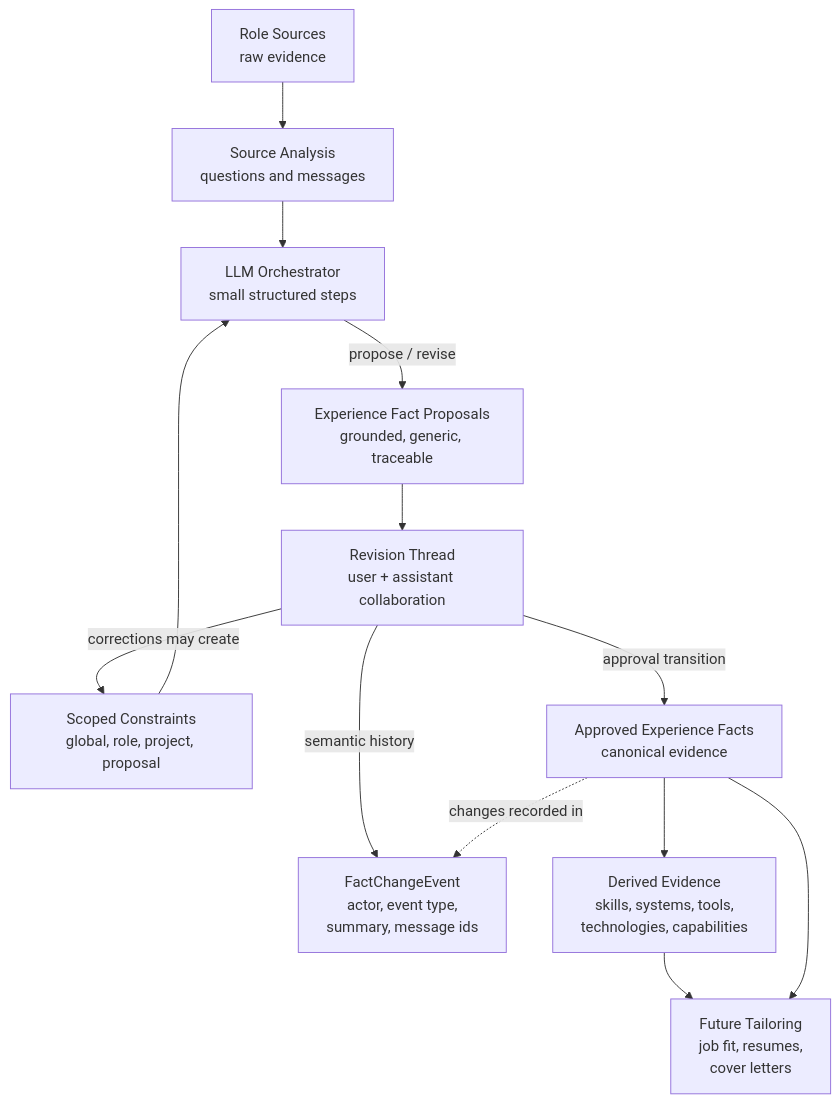
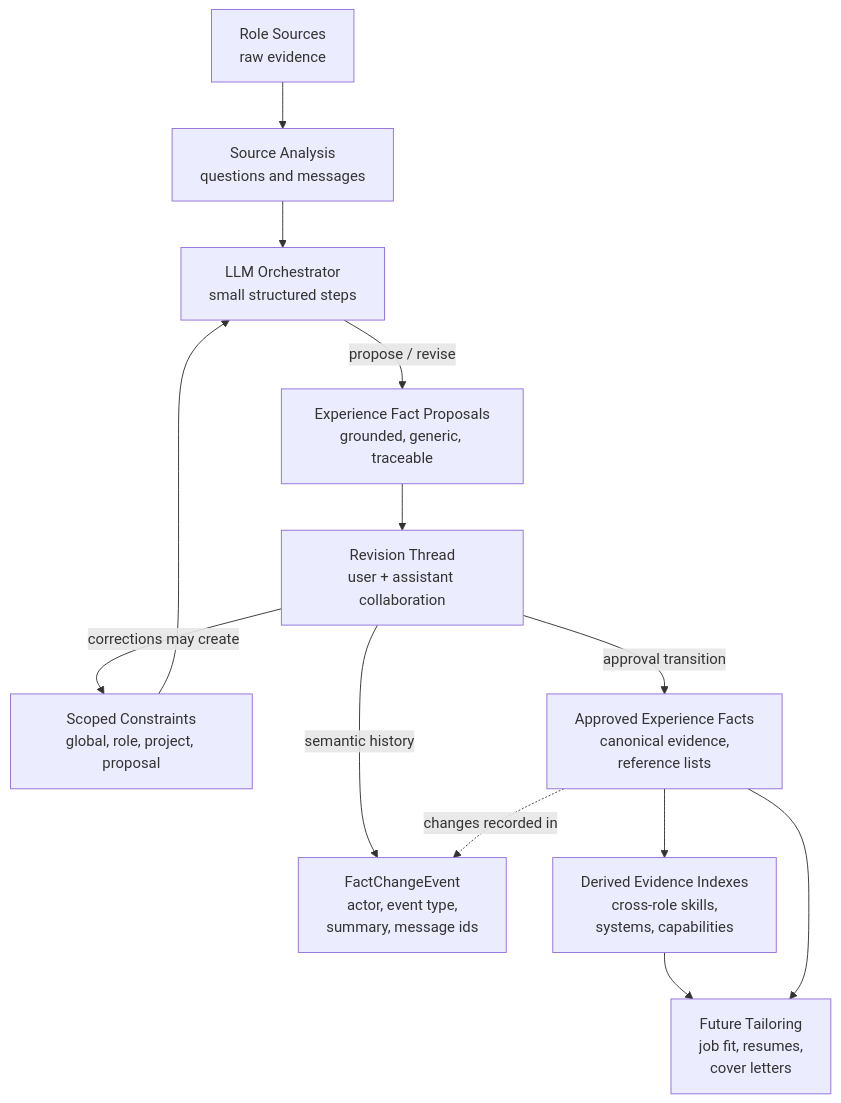
The sixth of 8 diagrams in docs/diagrams.md (rsauers0/career-agent), drawn with Mermaid before and after one commit. The commit also changed 11 other files, not shown here.

First line of the commit message:
Expand experience fact evidence model

````diff
--- a/docs/diagrams.md
+++ b/docs/diagrams.md
@@ -129,26 +129,26 @@
 ```mermaid
 flowchart TD
     RawSources["Role Sources<br/>raw evidence"]
     Analysis["Source Analysis<br/>questions and messages"]
     Orchestrator["LLM Orchestrator<br/>small structured steps"]
     Constraints["Scoped Constraints<br/>global, role, project, proposal"]
     FactProposals["Experience Fact Proposals<br/>grounded, generic, traceable"]
     Revision["Revision Thread<br/>user + assistant collaboration"]
     Events["FactChangeEvent<br/>actor, event type,<br/>summary, message ids"]
-    ApprovedFacts["Approved Experience Facts<br/>canonical evidence"]
-    Derived["Derived Evidence<br/>skills, systems, tools,<br/>technologies, capabilities"]
+    ApprovedFacts["Approved Experience Facts<br/>canonical evidence,<br/>reference lists"]
+    Derived["Derived Evidence Indexes<br/>cross-role skills,<br/>systems, capabilities"]
     Tailoring["Future Tailoring<br/>job fit, resumes,<br/>cover letters"]
 
     RawSources --> Analysis
     Analysis --> Orchestrator
     Constraints --> Orchestrator
     Orchestrator -->|"propose / revise"| FactProposals
     FactProposals --> Revision
     Revision -->|"corrections may create"| Constraints
     Revision -->|"semantic history"| Events
     Revision -->|"approval transition"| ApprovedFacts
     ApprovedFacts -. "changes recorded in" .-> Events
     ApprovedFacts --> Derived
     Derived --> Tailoring
     ApprovedFacts --> Tailoring
 ```
````
